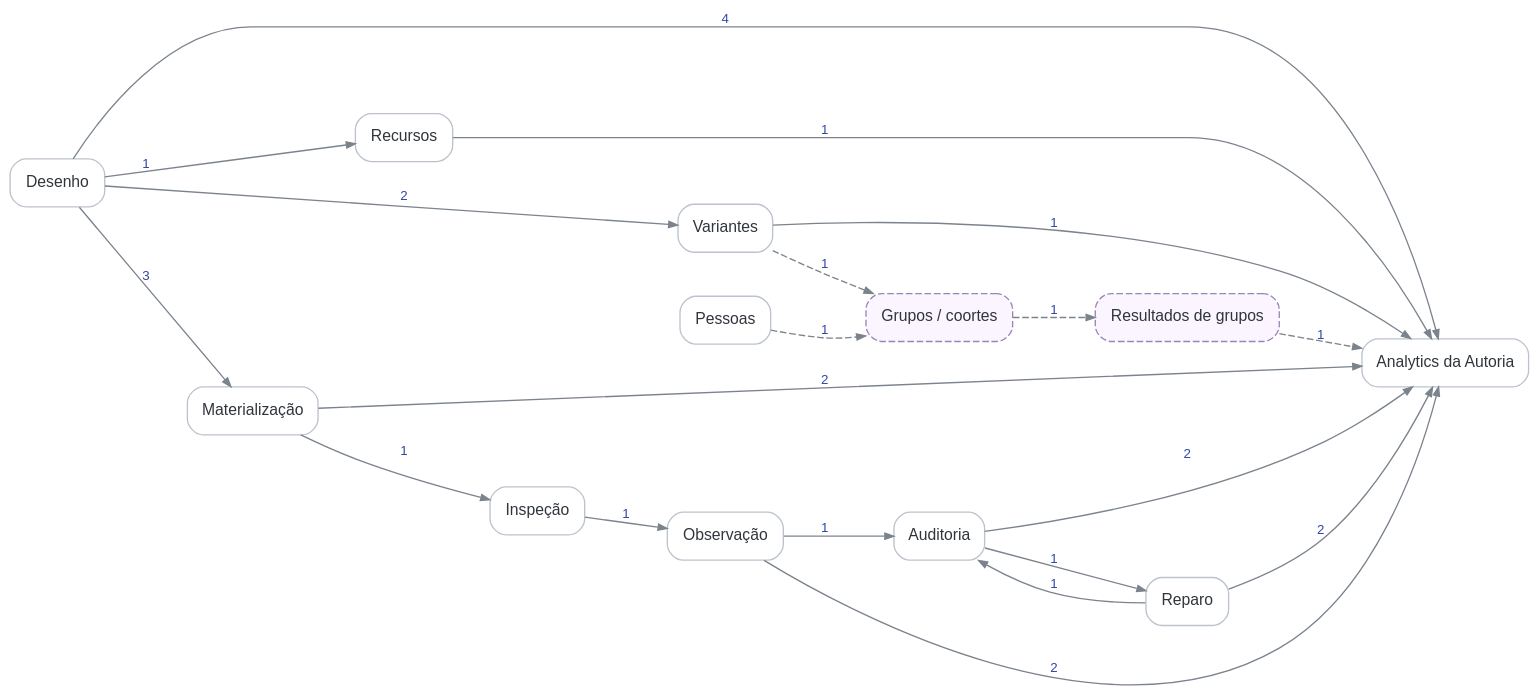
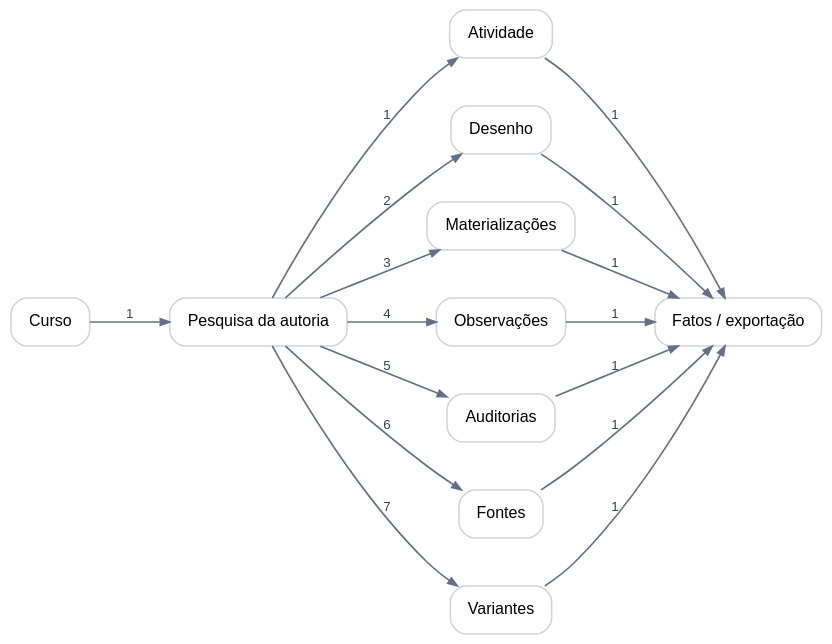
The diagram in ux-atlas/graphs/research.dot (fabio-ara/AraLearn), drawn with Graphviz before and after one commit.

Commit message:
Atualiza grafo de Pesquisa do atlas v6

```diff
--- a/ux-atlas/graphs/research.dot
+++ b/ux-atlas/graphs/research.dot
@@ -1,38 +1,31 @@
 digraph G {
-  graph [bgcolor="transparent", rankdir=LR, pad="0.23", nodesep="0.46", ranksep="0.76", splines="spline"];
-  node [shape=box, style="rounded,filled", fillcolor="#ffffff", color="#bcc3cc", fontcolor="#30353c", fontname="Arial", fontsize=11.8, margin="0.15,0.09"];
-  edge [color="#7b838d", fontcolor="#3346a8", fontname="Arial", fontsize=10, arrowsize=0.67];
-
-  design [label="Desenho"];
-  resource_policy [label="Recursos"];
-  variants [label="Variantes"];
-  materialization [label="Materialização"];
-  inspection [label="Inspeção"];
-  author_observation [label="Observação"];
-  audit [label="Auditoria"];
-  correction [label="Reparo"];
-  analytics [label="Analytics da Autoria"];
-  people [label="Pessoas"];
-  future_groups [label="Grupos / coortes", style="rounded,dashed,filled", fillcolor="#faf5ff", color="#9b84b7", class="future"];
-  future_outcomes [label="Resultados de grupos", style="rounded,dashed,filled", fillcolor="#faf5ff", color="#9b84b7", class="future"];
-
-  design -> resource_policy [label="1"];
-  design -> variants [label="2"];
-  design -> materialization [label="3"];
-  materialization -> inspection [label="1"];
-  inspection -> author_observation [label="1"];
-  author_observation -> audit [label="1"];
-  audit -> correction [label="1"];
-  correction -> audit [label="1"];
-  design -> analytics [label="4"];
-  resource_policy -> analytics [label="1"];
-  variants -> analytics [label="1"];
-  materialization -> analytics [label="2"];
-  author_observation -> analytics [label="2"];
-  audit -> analytics [label="2"];
-  correction -> analytics [label="2"];
-  people -> future_groups [label="1", style=dashed, class="future"];
-  variants -> future_groups [label="1", style=dashed, class="future"];
-  future_groups -> future_outcomes [label="1", style=dashed, class="future"];
-  future_outcomes -> analytics [label="1", style=dashed, class="future"];
+  graph [rankdir=LR,bgcolor="transparent",pad=.25,nodesep=.5,ranksep=.75,splines=spline]
+  node [shape=rect,style="rounded,filled",fillcolor="#ffffff",color="#cfd5df",penwidth=1.2,
+        fontname="Arial",fontsize=12,margin=".18,.12"]
+  edge [color="#667085",penwidth=1.25,arrowsize=.7,fontname="Arial",fontsize=10,fontcolor="#344054"]
+  course [label="Curso"]
+  dashboard [label="Pesquisa da autoria"]
+  activity [label="Atividade"]
+  design [label="Desenho"]
+  material [label="Materializações"]
+  annotations [label="Observações"]
+  audits [label="Auditorias"]
+  sources [label="Fontes"]
+  variants [label="Variantes"]
+  facts [label="Fatos / exportação"]
+  course -> dashboard [label="1"]
+  dashboard -> activity [label="1"]
+  dashboard -> design [label="2"]
+  dashboard -> material [label="3"]
+  dashboard -> annotations [label="4"]
+  dashboard -> audits [label="5"]
+  dashboard -> sources [label="6"]
+  dashboard -> variants [label="7"]
+  activity -> facts [label="1"]
+  design -> facts [label="1"]
+  material -> facts [label="1"]
+  annotations -> facts [label="1"]
+  audits -> facts [label="1"]
+  sources -> facts [label="1"]
+  variants -> facts [label="1"]
 }
```
